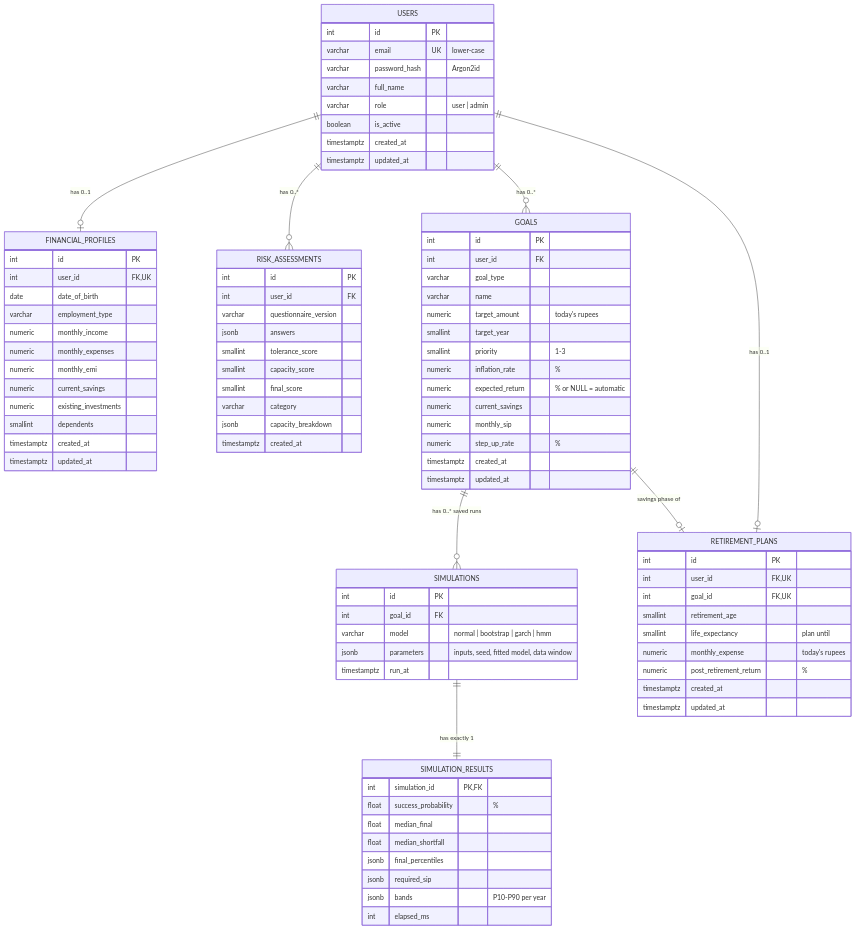
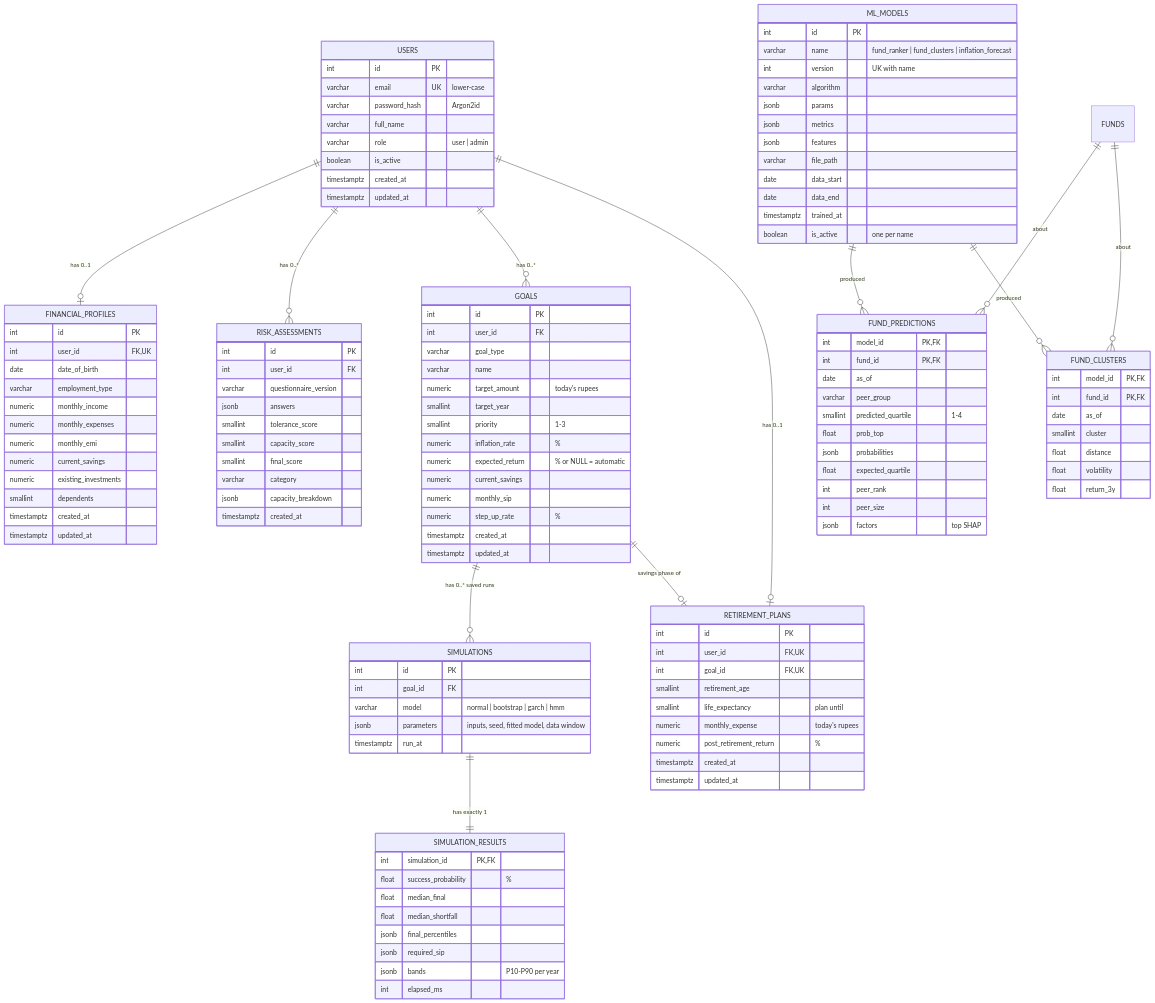
Before and after one commit to Mugundh98/goal_based_calculator: the first of 2 diagrams in docs/database.md, drawn with Mermaid. The commit also changed other lines of this file and 12 other files, not shown here.

```diff
--- a/docs/database.md
+++ b/docs/database.md
@@ -15,6 +15,10 @@
     SIMULATIONS ||--|| SIMULATION_RESULTS : "has exactly 1"
     USERS ||--o| RETIREMENT_PLANS : "has 0..1"
     GOALS ||--o| RETIREMENT_PLANS : "savings phase of"
+    ML_MODELS ||--o{ FUND_PREDICTIONS : "produced"
+    ML_MODELS ||--o{ FUND_CLUSTERS : "produced"
+    FUNDS ||--o{ FUND_PREDICTIONS : "about"
+    FUNDS ||--o{ FUND_CLUSTERS : "about"
     USERS {
         int id PK
         varchar email UK "lower-case"
@@ -67,6 +71,42 @@
         timestamptz created_at
         timestamptz updated_at
     }
+    ML_MODELS {
+        int id PK
+        varchar name "fund_ranker | fund_clusters | inflation_forecast"
+        int version "UK with name"
+        varchar algorithm
+        jsonb params
+        jsonb metrics
+        jsonb features
+        varchar file_path
+        date data_start
+        date data_end
+        timestamptz trained_at
+        boolean is_active "one per name"
+    }
+    FUND_PREDICTIONS {
+        int model_id PK,FK
+        int fund_id PK,FK
+        date as_of
+        varchar peer_group
+        smallint predicted_quartile "1-4"
+        float prob_top
+        jsonb probabilities
+        float expected_quartile
+        int peer_rank
+        int peer_size
+        jsonb factors "top SHAP"
+    }
+    FUND_CLUSTERS {
+        int model_id PK,FK
+        int fund_id PK,FK
+        date as_of
+        smallint cluster
+        float distance
+        float volatility
+        float return_3y
+    }
     RETIREMENT_PLANS {
         int id PK
         int user_id FK,UK
```
